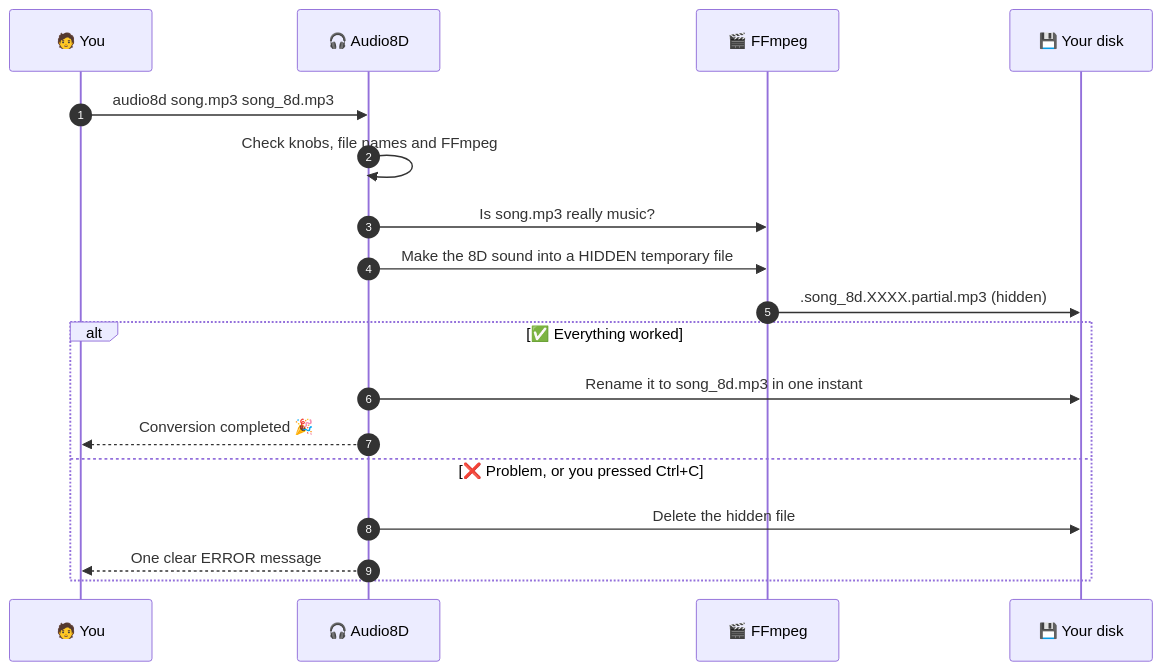
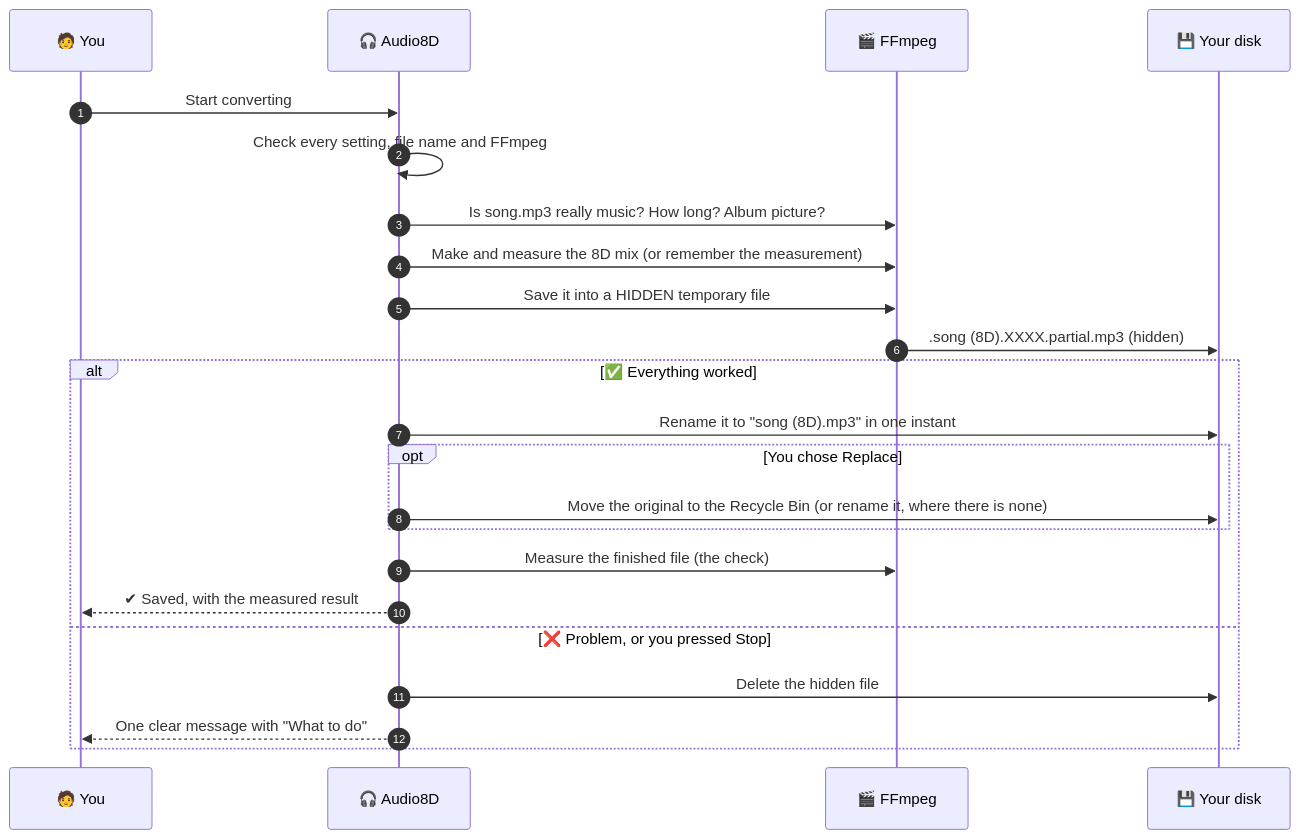
Before and after one commit to gcfernando/python_codes: the third of 4 diagrams in 8D/README.md, drawn with Mermaid. The commit also changed other lines of this file and 114 other files, not shown here.

````diff
--- a/8D/README.md
+++ b/8D/README.md
@@ -1848,21 +1209,26 @@
 ```mermaid
 sequenceDiagram
     autonumber
     participant You as 🧑 You
     participant A8 as 🎧 Audio8D
     participant FF as 🎬 FFmpeg
     participant Disk as 💾 Your disk
 
-    You->>A8: audio8d song.mp3 song_8d.mp3
-    A8->>A8: Check knobs, file names and FFmpeg
-    A8->>FF: Is song.mp3 really music?
-    A8->>FF: Make the 8D sound into a HIDDEN temporary file
-    FF->>Disk: .song_8d.XXXX.partial.mp3 (hidden)
+    You->>A8: Start converting
+    A8->>A8: Check every setting, file name and FFmpeg
+    A8->>FF: Is song.mp3 really music? How long? Album picture?
+    A8->>FF: Make and measure the 8D mix (or remember the measurement)
+    A8->>FF: Save it into a HIDDEN temporary file
+    FF->>Disk: .song (8D).XXXX.partial.mp3 (hidden)
     alt ✅ Everything worked
-        A8->>Disk: Rename it to song_8d.mp3 in one instant
-        A8-->>You: Conversion completed 🎉
-    else ❌ Problem, or you pressed Ctrl+C
+        A8->>Disk: Rename it to "song (8D).mp3" in one instant
+        opt You chose Replace
+            A8->>Disk: Move the original to the Recycle Bin (or rename it, where there is none)
+        end
+        A8->>FF: Measure the finished file (the check)
+        A8-->>You: ✔ Saved, with the measured result
+    else ❌ Problem, or you pressed Stop
         A8->>Disk: Delete the hidden file
-        A8-->>You: One clear ERROR message
+        A8-->>You: One clear message with "What to do"
     end
 ```
````
